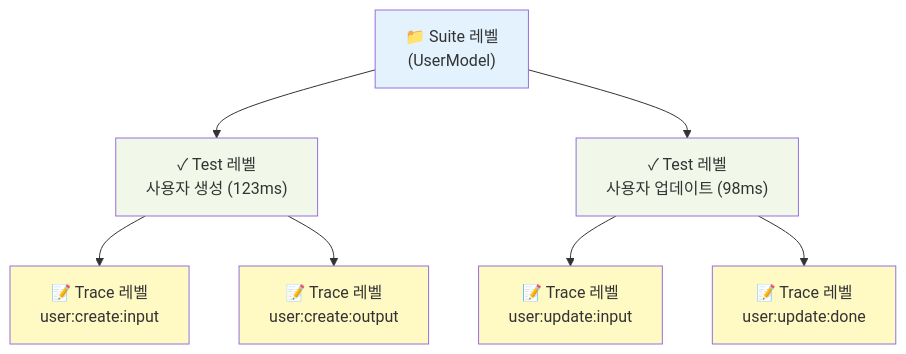
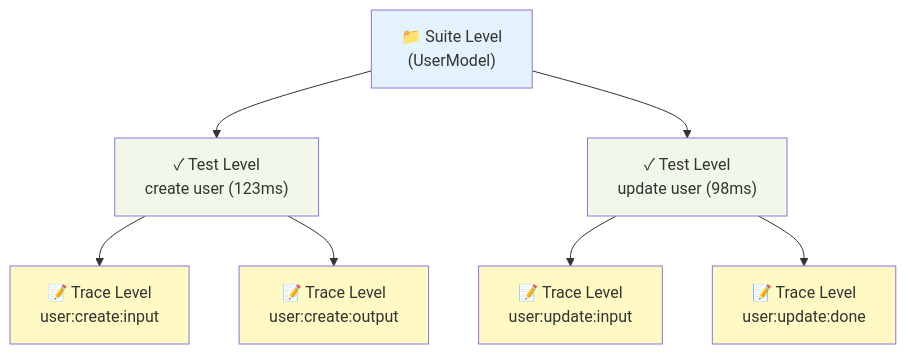
The third of 3 diagrams in modules/docs/en/testing/naite/naite-viewer.mdx (cartanova-ai/sonamu), drawn with Mermaid before and after one commit. The commit also changed other lines of this file and 86 other files, not shown here.

````diff
--- a/modules/docs/en/testing/naite/naite-viewer.mdx
+++ b/modules/docs/en/testing/naite/naite-viewer.mdx
@@ -423,25 +423,25 @@
     ```mermaid
     graph TB
-        Suite["📁 Suite 레벨<br/>(UserModel)"]
-        Test1["✓ Test 레벨<br/>사용자 생성 (123ms)"]
-        Test2["✓ Test 레벨<br/>사용자 업데이트 (98ms)"]
-        Trace1["📝 Trace 레벨<br/>user:create:input"]
-        Trace2["📝 Trace 레벨<br/>user:create:output"]
-        Trace3["📝 Trace 레벨<br/>user:update:input"]
-        Trace4["📝 Trace 레벨<br/>user:update:done"]
-        
+        Suite["📁 Suite Level<br/>(UserModel)"]
+        Test1["✓ Test Level<br/>create user (123ms)"]
+        Test2["✓ Test Level<br/>update user (98ms)"]
+        Trace1["📝 Trace Level<br/>user:create:input"]
+        Trace2["📝 Trace Level<br/>user:create:output"]
+        Trace3["📝 Trace Level<br/>user:update:input"]
+        Trace4["📝 Trace Level<br/>user:update:done"]
+
         Suite --> Test1
         Suite --> Test2
         Test1 --> Trace1
         Test1 --> Trace2
         Test2 --> Trace3
         Test2 --> Trace4
-        
+
         style Suite fill:#e3f2fd
         style Test1 fill:#f1f8e9
         style Test2 fill:#f1f8e9
         style Trace1 fill:#fff9c4
         style Trace2 fill:#fff9c4
         style Trace3 fill:#fff9c4
         style Trace4 fill:#fff9c4
     ```
````
